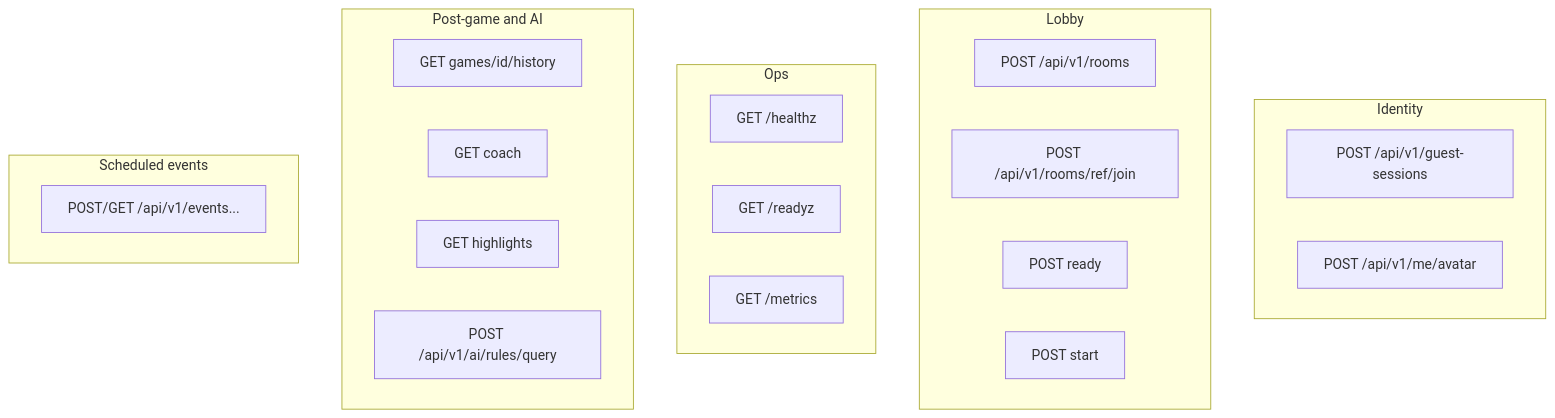
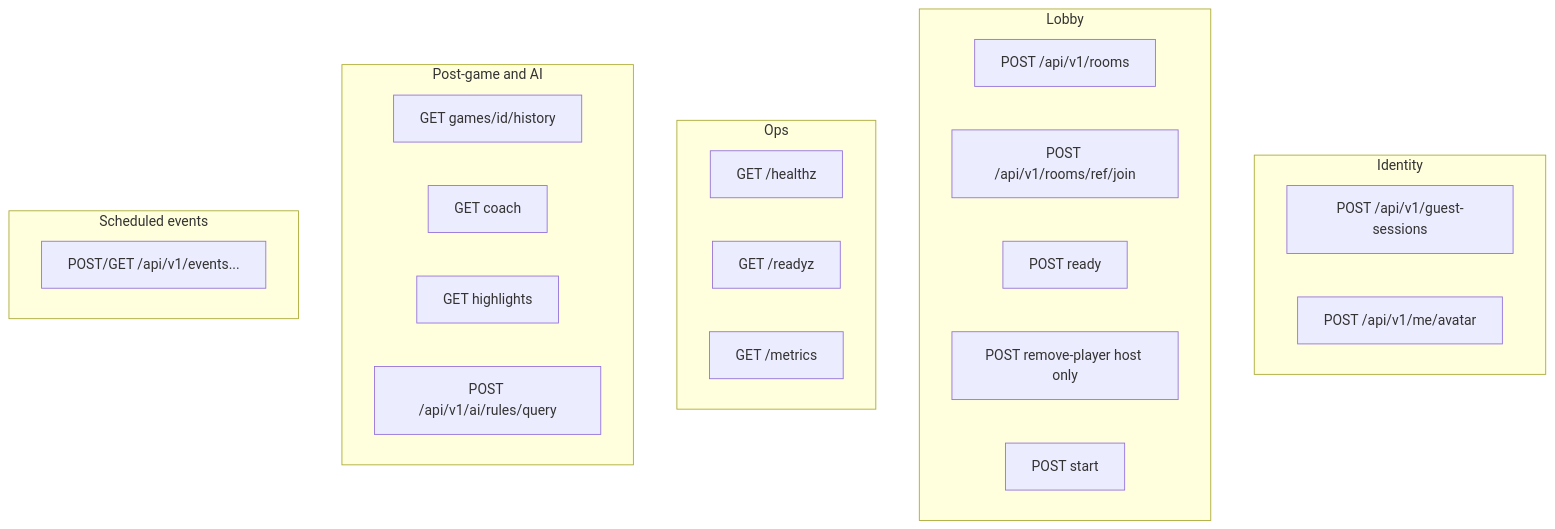
Before and after one commit to learnwithsobhit/judgment: the sixth of 18 diagrams in docs/Architecture.md, drawn with Mermaid. The commit also changed other lines of this file and 11 other files, not shown here.

````diff
--- a/docs/Architecture.md
+++ b/docs/Architecture.md
@@ -225,31 +225,32 @@
 ```mermaid
 flowchart TB
   subgraph identity [Identity]
     guest[POST /api/v1/guest-sessions]
     avatar[POST /api/v1/me/avatar]
   end
 
   subgraph lobby [Lobby]
     createRoom[POST /api/v1/rooms]
     joinRoom[POST /api/v1/rooms/ref/join]
     ready[POST ready]
+    removePlayer[POST remove-player host only]
     start[POST start]
   end
 
   subgraph liveOps [Ops]
     health[GET /healthz]
     readyz[GET /readyz]
     metrics[GET /metrics]
   end
 
   subgraph postGame [Post-game and AI]
     history[GET games/id/history]
     coach[GET coach]
     highlights[GET highlights]
     aiQuery[POST /api/v1/ai/rules/query]
   end
 
   subgraph sched [Scheduled events]
     eventsApi[POST/GET /api/v1/events...]
   end
 ```
````
